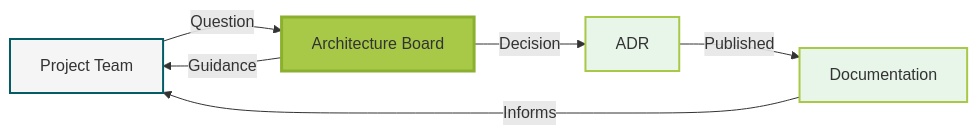
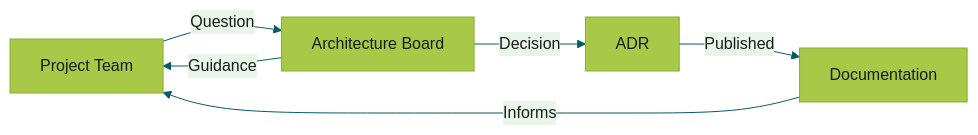
One commit to SciLifeLab/architecture changed the diagram in docs/index.md. Above: the diagram before and after it, drawn with Mermaid. The commit also changed 2 other files, not shown here.

Commit message:
Update documentation diagrams and styles for improved clarity and branding
- Enhanced Mermaid diagrams with a unified theme for consistency across documentation.
- Updated CSS for primary and secondary button styles to align with the new color scheme.

````diff
--- a/docs/index.md
+++ b/docs/index.md
@@ -19,14 +19,9 @@
 ```mermaid
-
+%%{init: {'theme': 'base', 'themeVariables': { 'primaryColor': '#a7c947', 'primaryTextColor': '#1a1a1a', 'primaryBorderColor': '#8bb030', 'lineColor': '#045c64', 'secondaryColor': '#e8f5e9', 'tertiaryColor': '#f5f5f5', 'fontFamily': 'Open Sans'}}}%%
 graph LR
     A[Project Team] -->|Question| B[Architecture Board]
     B -->|Guidance| A
     B -->|Decision| C[ADR]
     C -->|Published| D[Documentation]
     D -->|Informs| A
-
-    style A fill:#f5f5f5,stroke:#045C64,stroke-width:2px
-    style B fill:#A7C947,stroke:#8BB030,stroke-width:3px
-    style C fill:#e8f5e9,stroke:#A7C947,stroke-width:2px
-    style D fill:#e8f5e9,stroke:#A7C947,stroke-width:2px
 ```
````
